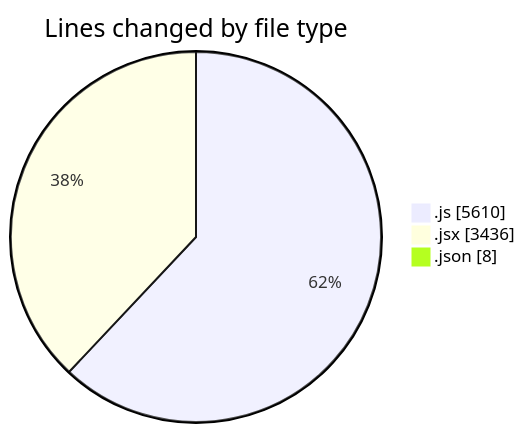
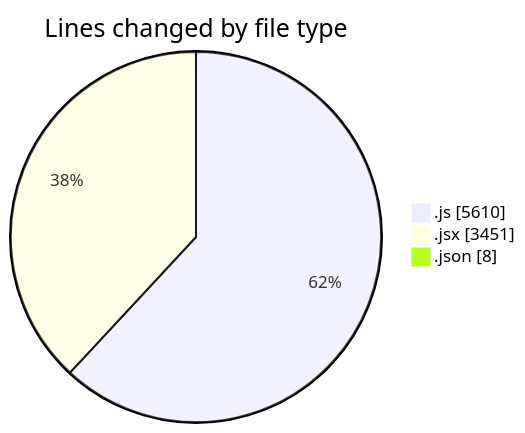
One commit to nxtqubesakshisongat/code-tracking changed the first of 2 diagrams in 2025-07-23/nxtqube_webapp/README.md. Above: the diagram before and after it, drawn with Mermaid. The commit also changed other lines of this file and 1 other file, not shown here.

````diff
--- a/2025-07-23/nxtqube_webapp/README.md
+++ b/2025-07-23/nxtqube_webapp/README.md
@@ -60,7 +60,7 @@
 ```mermaid
 pie showData
 title Lines changed by file type
 ".js" : 5610
-".jsx" : 3436
+".jsx" : 3451
 ".json" : 8
 ```
````
